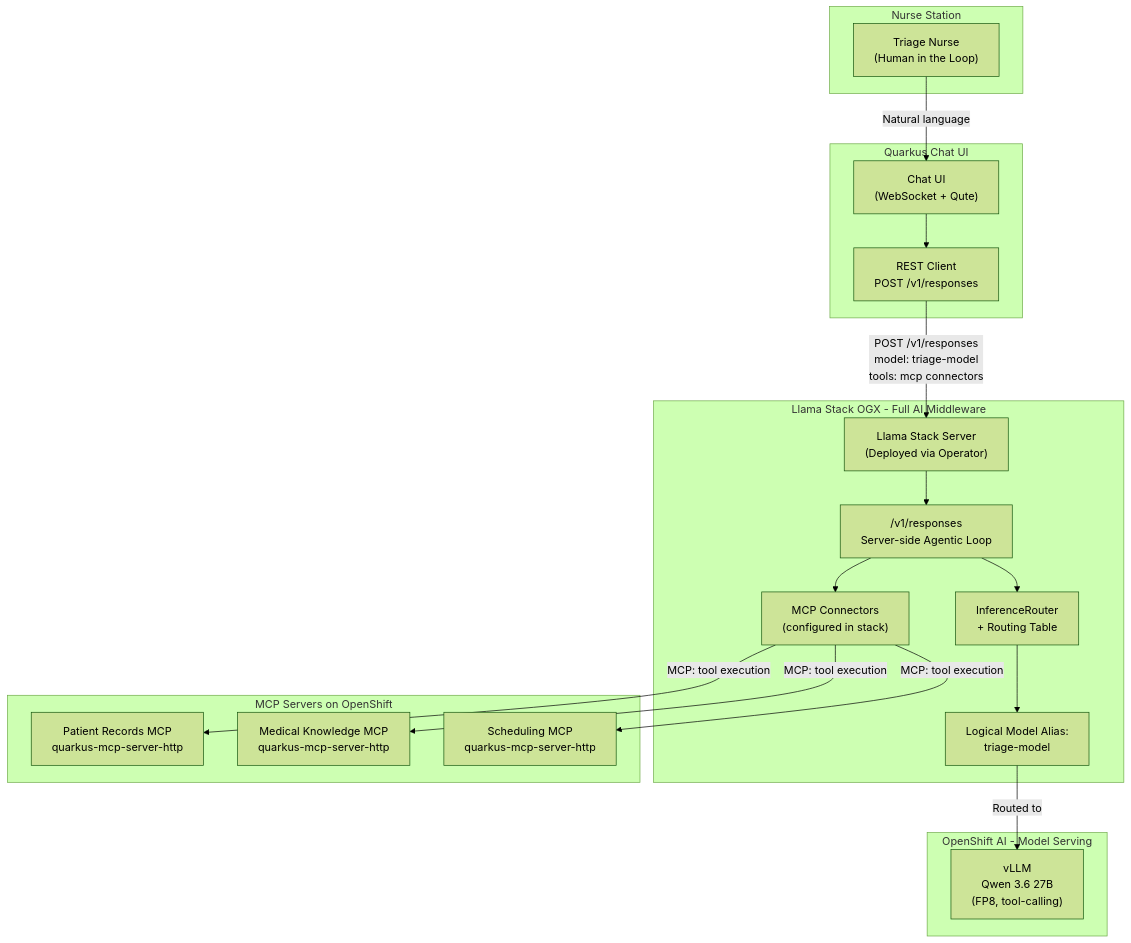
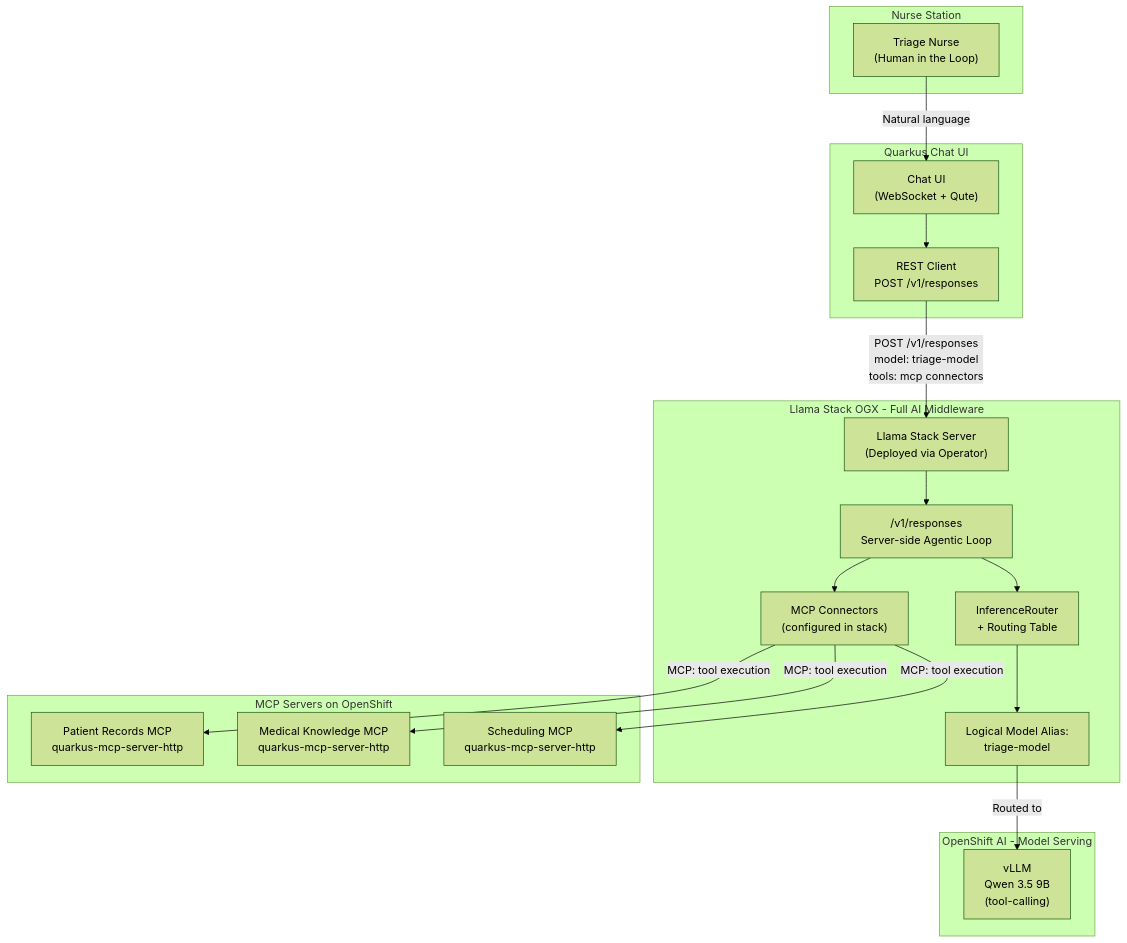
Before and after one commit to nikolaus-lemberski/openshift-agentic-ai: the first of 5 diagrams in docs/architecture.md, drawn with Mermaid (forest theme). The commit also changed other lines of this file and 8 other files, not shown here.

````diff
--- a/docs/architecture.md
+++ b/docs/architecture.md
@@ -7,41 +7,41 @@
 ```mermaid
 graph TD
     subgraph nurseStation [Nurse Station]
         Nurse["Triage Nurse\n(Human in the Loop)"]
     end
 
     subgraph quarkusApp [Quarkus Chat UI]
         UI["Chat UI\n(WebSocket + Qute)"]
         RestClient["REST Client\nPOST /v1/responses"]
     end
 
     subgraph llamaStackLayer [Llama Stack OGX - Full AI Middleware]
         LSServer["Llama Stack Server\n(Deployed via Operator)"]
         ResponsesAPI["/v1/responses\nServer-side Agentic Loop"]
         RoutingTable["InferenceRouter\n+ Routing Table"]
         ModelAlias["Logical Model Alias:\ntriage-model"]
         Connectors["MCP Connectors\n(configured in stack)"]
     end
 
     subgraph openShiftAI [OpenShift AI - Model Serving]
-        vLLM1["vLLM\nQwen 3.6 27B\n(FP8, tool-calling)"]
+        vLLM1["vLLM\nQwen 3.5 9B\n(tool-calling)"]
     end
 
     subgraph mcpLayer [MCP Servers on OpenShift]
         PatientMCP["Patient Records MCP\nquarkus-mcp-server-http"]
         MedMCP["Medical Knowledge MCP\nquarkus-mcp-server-http"]
         SchedMCP["Scheduling MCP\nquarkus-mcp-server-http"]
     end
 
     Nurse -->|"Natural language"| UI
     UI --> RestClient
     RestClient -->|"POST /v1/responses\nmodel: triage-model\ntools: mcp connectors"| LSServer
     LSServer --> ResponsesAPI
     ResponsesAPI --> RoutingTable
     RoutingTable --> ModelAlias
     ModelAlias -->|"Routed to"| vLLM1
     ResponsesAPI --> Connectors
     Connectors -->|"MCP: tool execution"| PatientMCP
     Connectors -->|"MCP: tool execution"| MedMCP
     Connectors -->|"MCP: tool execution"| SchedMCP
 ```
````
